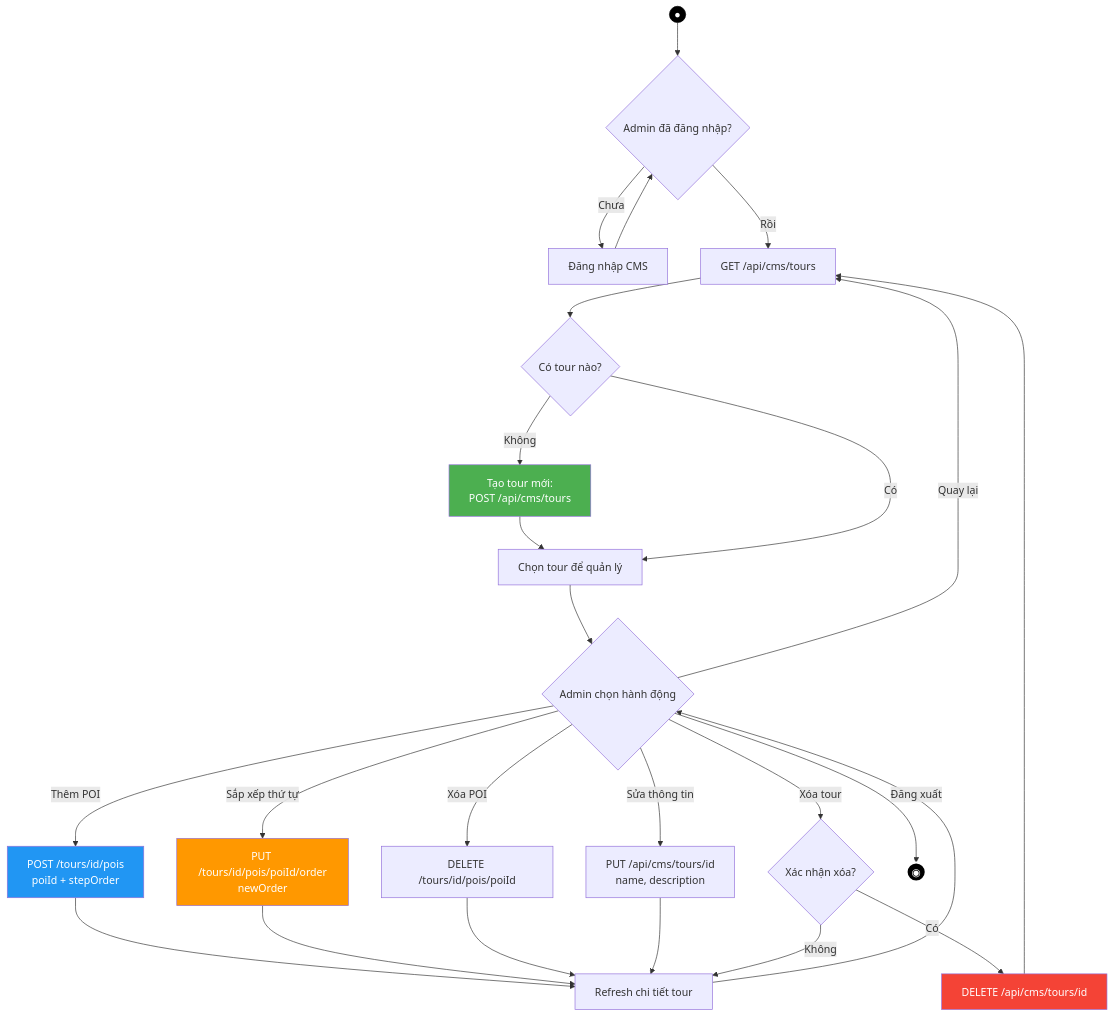
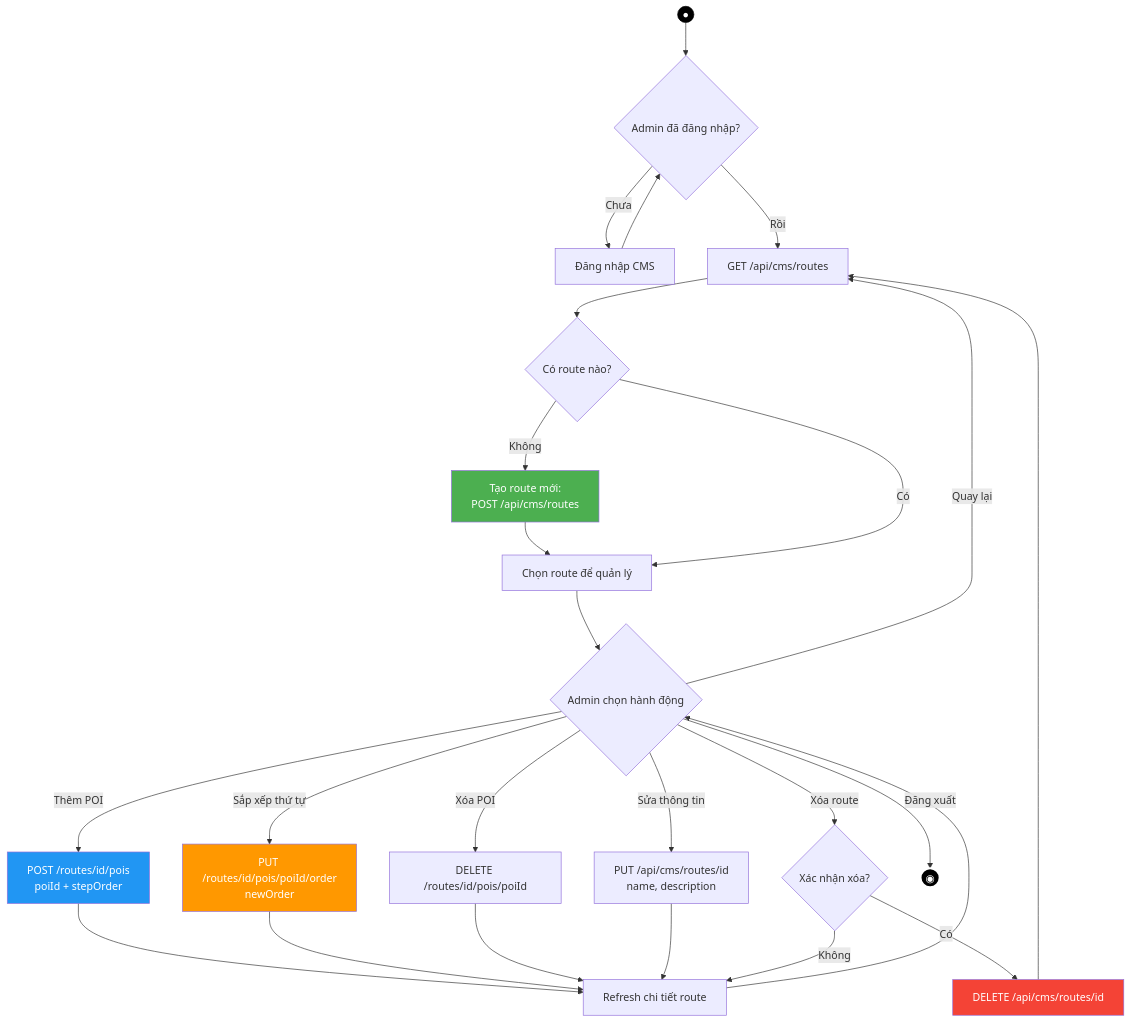
Diagram 38 of 46 in PRD.md (AudioGo-Project/AudioGo), drawn with Mermaid before and after one commit. The commit also changed other lines of this file, not shown here.

Commit message:
docs: Split Mobile sequence diagrams by UC and add POI priority logic in Geofence sequence

````diff
--- a/PRD.md
+++ b/PRD.md
@@ -2622,43 +1908,43 @@
 ```mermaid
 flowchart TD
     START((●)) --> LOGIN{Admin đã đăng nhập?}
     LOGIN -- Chưa --> AUTH[Đăng nhập CMS]
     AUTH --> LOGIN
-    LOGIN -- Rồi --> VIEW_TOURS[GET /api/cms/tours]
+    LOGIN -- Rồi --> VIEW_TOURS[GET /api/cms/routes]
 
-    VIEW_TOURS --> HAS_TOURS{Có tour nào?}
-    HAS_TOURS -- Không --> CREATE_TOUR[Tạo tour mới:<br/>POST /api/cms/tours]
+    VIEW_TOURS --> HAS_TOURS{Có route nào?}
+    HAS_TOURS -- Không --> CREATE_TOUR[Tạo route mới:<br/>POST /api/cms/routes]
     CREATE_TOUR --> SELECT_TOUR
 
-    HAS_TOURS -- Có --> SELECT_TOUR[Chọn tour để quản lý]
+    HAS_TOURS -- Có --> SELECT_TOUR[Chọn route để quản lý]
     SELECT_TOUR --> ACTION{Admin chọn hành động}
 
-    ACTION -- Thêm POI --> ADD_POI[POST /tours/id/pois<br/>poiId + stepOrder]
-    ADD_POI --> REFRESH[Refresh chi tiết tour]
+    ACTION -- Thêm POI --> ADD_POI[POST /routes/id/pois<br/>poiId + stepOrder]
+    ADD_POI --> REFRESH[Refresh chi tiết route]
 
-    ACTION -- Sắp xếp thứ tự --> REORDER[PUT /tours/id/pois/poiId/order<br/>newOrder]
+    ACTION -- Sắp xếp thứ tự --> REORDER[PUT /routes/id/pois/poiId/order<br/>newOrder]
     REORDER --> REFRESH
 
-    ACTION -- Xóa POI --> REMOVE_POI[DELETE /tours/id/pois/poiId]
+    ACTION -- Xóa POI --> REMOVE_POI[DELETE /routes/id/pois/poiId]
     REMOVE_POI --> REFRESH
 
-    ACTION -- Sửa thông tin --> EDIT_TOUR[PUT /api/cms/tours/id<br/>name, description]
+    ACTION -- Sửa thông tin --> EDIT_TOUR[PUT /api/cms/routes/id<br/>name, description]
     EDIT_TOUR --> REFRESH
 
-    ACTION -- Xóa tour --> CONFIRM{Xác nhận xóa?}
+    ACTION -- Xóa route --> CONFIRM{Xác nhận xóa?}
     CONFIRM -- Không --> REFRESH
-    CONFIRM -- Có --> DELETE_TOUR[DELETE /api/cms/tours/id]
+    CONFIRM -- Có --> DELETE_TOUR[DELETE /api/cms/routes/id]
     DELETE_TOUR --> VIEW_TOURS
 
     REFRESH --> ACTION
 
     ACTION -- Quay lại --> VIEW_TOURS
     ACTION -- Đăng xuất --> END_NODE((◉))
 
     style START fill:#000,color:#fff,stroke:#000
     style END_NODE fill:#000,color:#fff,stroke:#fff,stroke-width:3px
     style CREATE_TOUR fill:#4CAF50,color:#fff
     style DELETE_TOUR fill:#F44336,color:#fff
     style ADD_POI fill:#2196F3,color:#fff
     style REORDER fill:#FF9800,color:#fff
 ```
````
